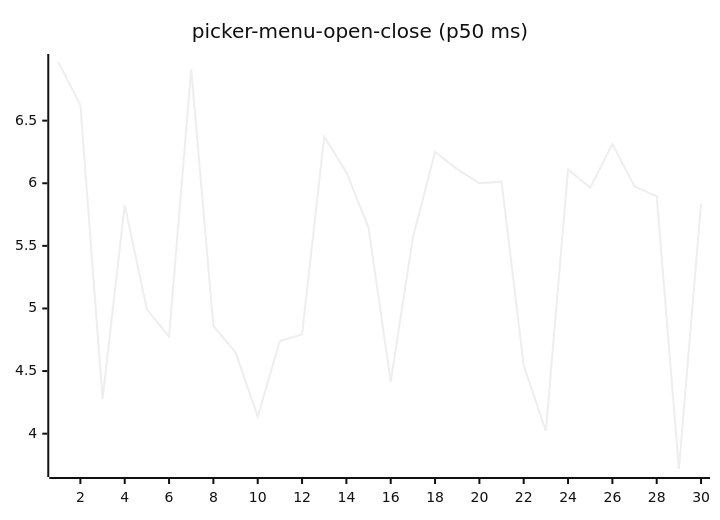
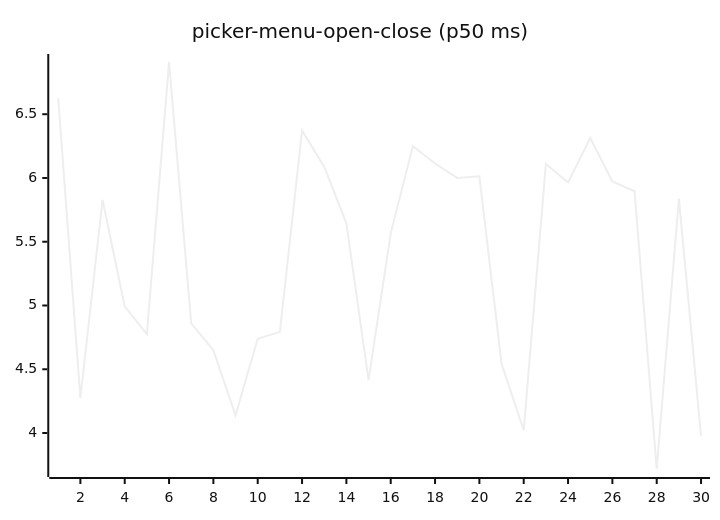
Diagram 16 of 27 in README.md (josha/Facet), drawn with Mermaid (neutral theme) before and after one commit. The commit also changed other lines of this file and 2 other files, not shown here.

````diff
--- a/README.md
+++ b/README.md
@@ -168,6 +168,6 @@
 ```mermaid
 xychart-beta
     title "picker-menu-open-close (p50 ms)"
     x-axis 1 --> 30
-    line [6.9684, 6.6249, 4.2762, 5.8275, 4.9929, 4.7749, 6.9094, 4.8605, 4.6493, 4.1383, 4.7397, 4.7934, 6.3713, 6.0885, 5.6440, 4.4145, 5.5656, 6.2500, 6.1133, 6.0006, 6.0128, 4.5439, 4.0216, 6.1100, 5.9646, 6.3137, 5.9733, 5.8960, 3.7179, 5.8378]
+    line [6.6249, 4.2762, 5.8275, 4.9929, 4.7749, 6.9094, 4.8605, 4.6493, 4.1383, 4.7397, 4.7934, 6.3713, 6.0885, 5.6440, 4.4145, 5.5656, 6.2500, 6.1133, 6.0006, 6.0128, 4.5439, 4.0216, 6.1100, 5.9646, 6.3137, 5.9733, 5.8960, 3.7179, 5.8378, 3.9788]
 ```
````
